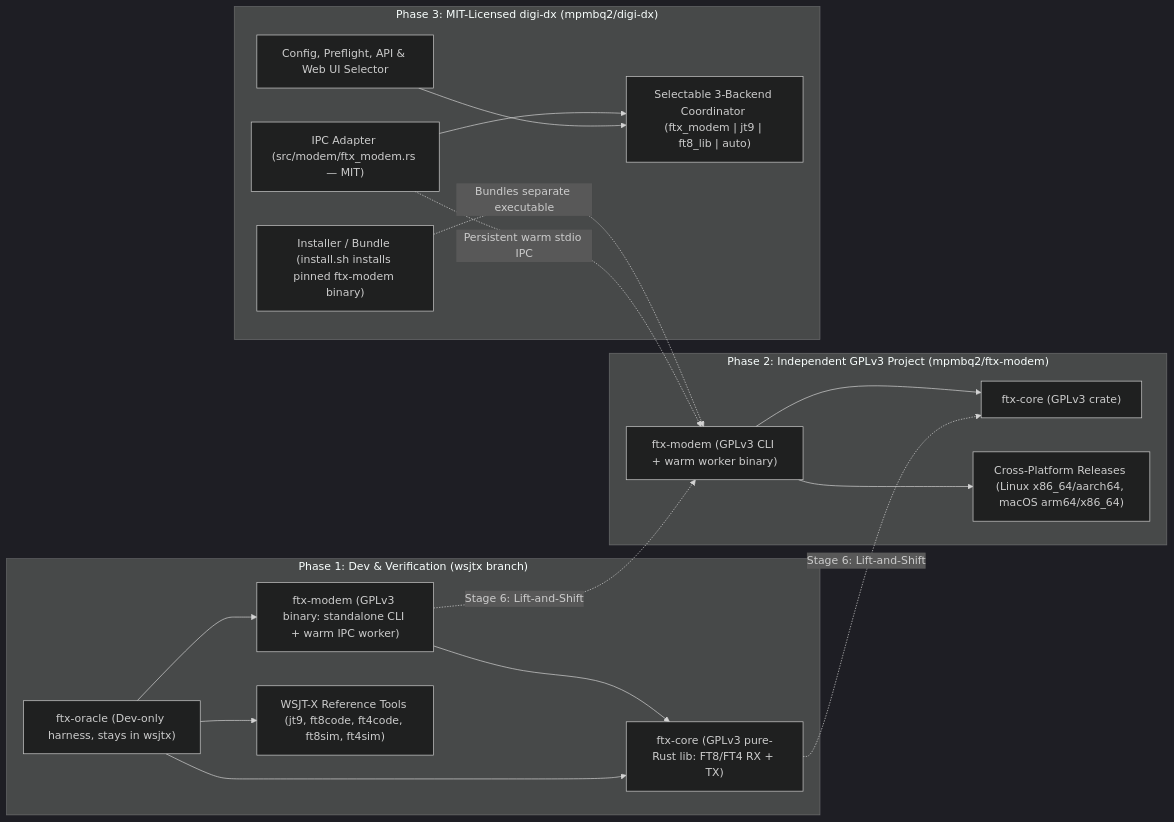
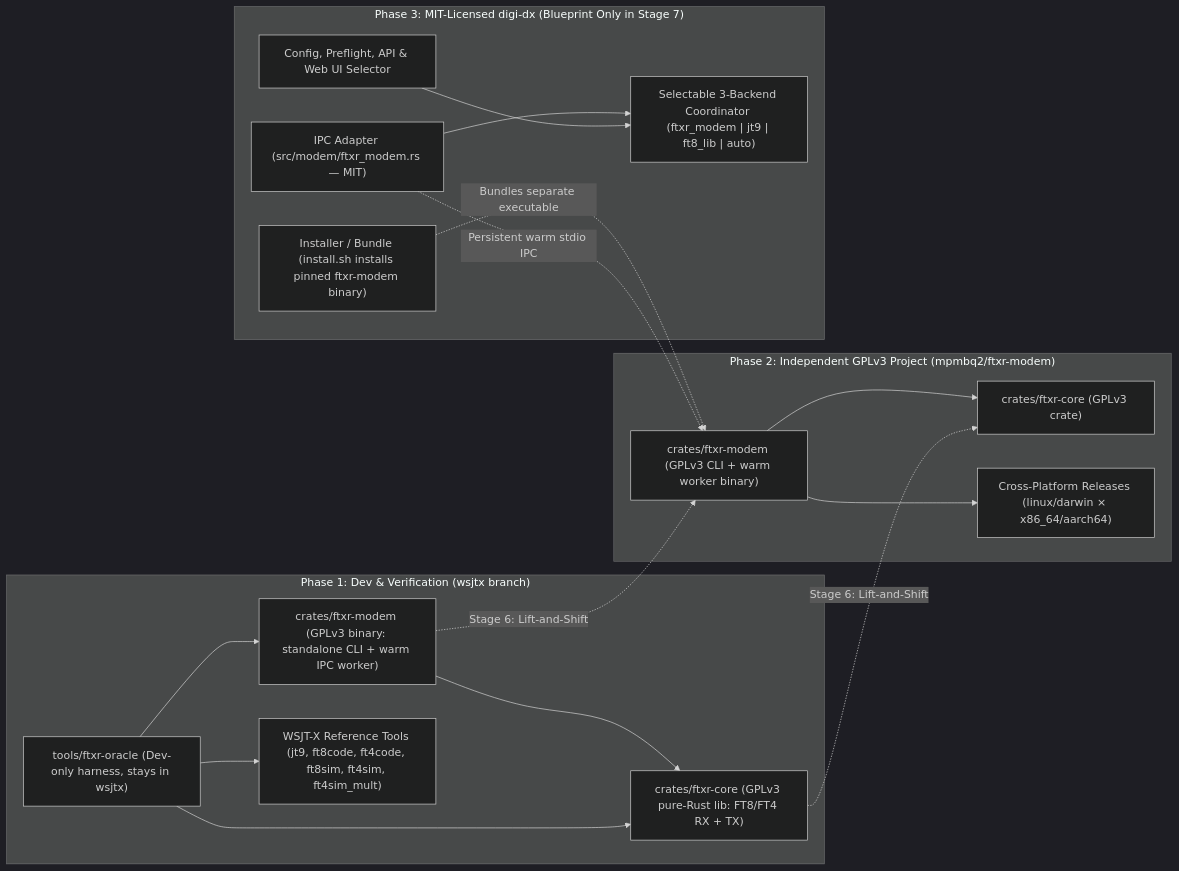
Before and after one commit to mpmbq2/wsjtx: the diagram in rust-ftx/ROADMAP.md, drawn with Mermaid (dark theme). The commit also changed other lines of this file and 9 other files, not shown here.

Commit message:
docs(rust-ftx): finalize ftxr-modem roadmap and add stage 0-7 plans

````diff
--- a/rust-ftx/ROADMAP.md
+++ b/rust-ftx/ROADMAP.md
@@ -27,35 +27,35 @@
 ```mermaid
 flowchart LR
     subgraph WSJTX["Phase 1: Dev & Verification (wsjtx branch)"]
-        Core["ftx-core (GPLv3 pure-Rust lib: FT8/FT4 RX + TX)"]
-        Bin["ftx-modem (GPLv3 binary: standalone CLI + warm IPC worker)"]
-        Oracle["ftx-oracle (Dev-only harness, stays in wsjtx)"]
-        Ref["WSJT-X Reference Tools (jt9, ft8code, ft4code, ft8sim, ft4sim)"]
+        Core["crates/ftxr-core (GPLv3 pure-Rust lib: FT8/FT4 RX + TX)"]
+        Bin["crates/ftxr-modem (GPLv3 binary: standalone CLI + warm IPC worker)"]
+        Oracle["tools/ftxr-oracle (Dev-only harness, stays in wsjtx)"]
+        Ref["WSJT-X Reference Tools (jt9, ft8code, ft4code, ft8sim, ft4sim, ft4sim_mult)"]
         Bin --> Core
         Oracle --> Core
         Oracle --> Bin
         Oracle --> Ref
     end
 
-    subgraph NEWREPO["Phase 2: Independent GPLv3 Project (mpmbq2/ftx-modem)"]
-        ExtCore["ftx-core (GPLv3 crate)"]
-        ExtBin["ftx-modem (GPLv3 CLI + warm worker binary)"]
-        Rel["Cross-Platform Releases (Linux x86_64/aarch64, macOS arm64/x86_64)"]
+    subgraph NEWREPO["Phase 2: Independent GPLv3 Project (mpmbq2/ftxr-modem)"]
+        ExtCore["crates/ftxr-core (GPLv3 crate)"]
+        ExtBin["crates/ftxr-modem (GPLv3 CLI + warm worker binary)"]
+        Rel["Cross-Platform Releases (linux/darwin × x86_64/aarch64)"]
         ExtBin --> ExtCore
         ExtBin --> Rel
     end
 
-    subgraph DIGIDX["Phase 3: MIT-Licensed digi-dx (mpmbq2/digi-dx)"]
-        Inst["Installer / Bundle (install.sh installs pinned ftx-modem binary)"]
-        Client["IPC Adapter (src/modem/ftx_modem.rs — MIT)"]
-        Router["Selectable 3-Backend Coordinator (ftx_modem | jt9 | ft8_lib | auto)"]
+    subgraph DIGIDX["Phase 3: MIT-Licensed digi-dx (Blueprint Only in Stage 7)"]
+        Inst["Installer / Bundle (install.sh installs pinned ftxr-modem binary)"]
+        Client["IPC Adapter (src/modem/ftxr_modem.rs — MIT)"]
+        Router["Selectable 3-Backend Coordinator (ftxr_modem | jt9 | ft8_lib | auto)"]
         UI["Config, Preflight, API & Web UI Selector"]
         Inst -. "Bundles separate executable" .-> ExtBin
         Client -. "Persistent warm stdio IPC" .-> ExtBin
         Client --> Router
         UI --> Router
     end
 
     Core -. "Stage 6: Lift-and-Shift" .-> ExtCore
     Bin -. "Stage 6: Lift-and-Shift" .-> ExtBin
 ```
````
